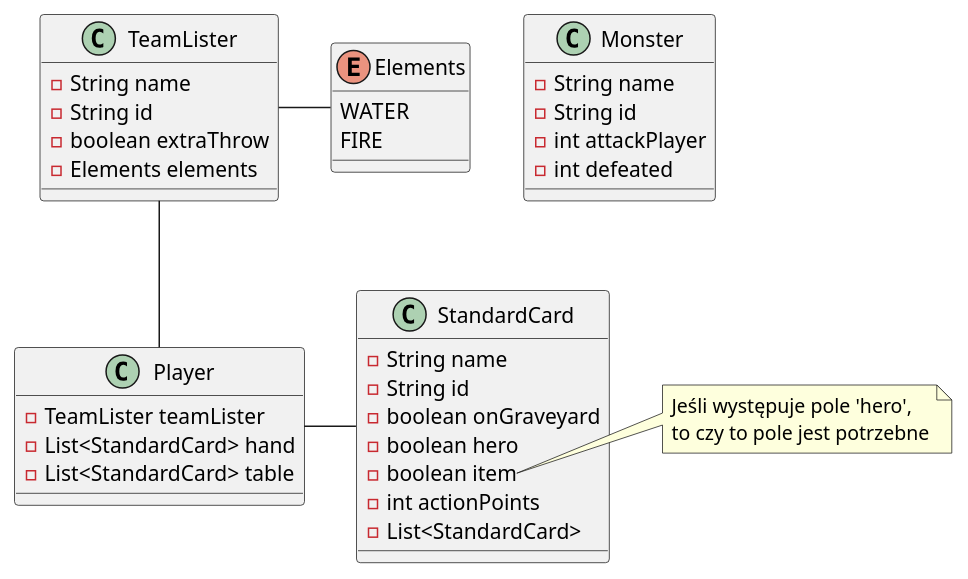
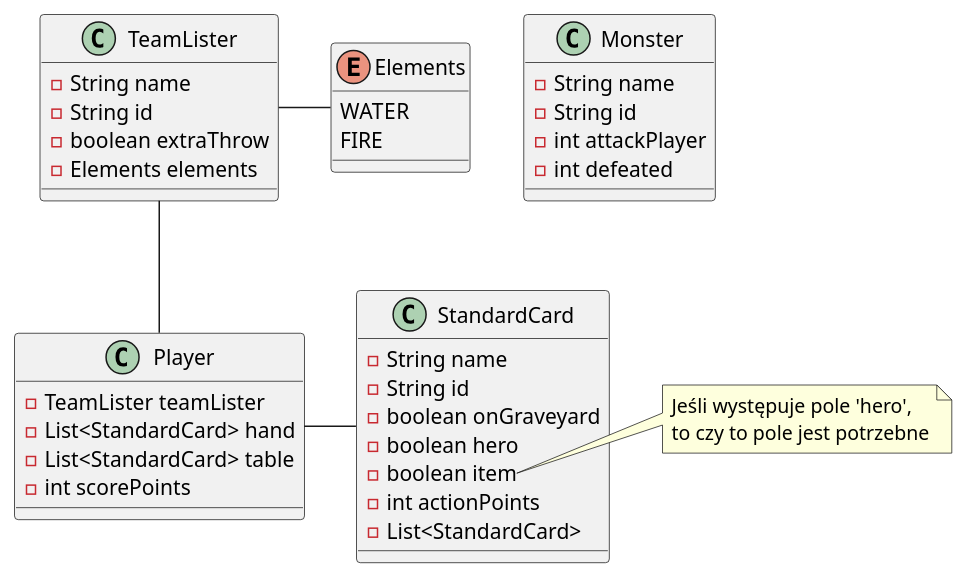
One commit to nikakowalska/WannaPlayLittleGame changed the diagram in uml/data_transfer_object_class.puml. Above: the diagram before and after it, drawn with PlantUML. The commit also changed 16 other files, not shown here.

```diff
--- a/uml/data_transfer_object_class.puml
+++ b/uml/data_transfer_object_class.puml
@@ -1,48 +1,49 @@
 @startuml
 'https://plantuml.com/class-diagram
 
 class TeamLister {
     - String name
     - String id
     - boolean extraThrow
     - Elements elements
 }
 
 class Monster {
     - String name
     - String id
     - int attackPlayer
     - int defeated
 }
 
 class StandardCard {
     - String name
     - String id
     - boolean onGraveyard
     - boolean hero
     - boolean item
     - int actionPoints
     - List<StandardCard>
 }
 
 note right of StandardCard::item
     Jeśli występuje pole 'hero',
     to czy to pole jest potrzebne
 end note
 
 class Player {
     - TeamLister teamLister
     - List<StandardCard> hand
     - List<StandardCard> table
+    - int scorePoints
 }
 
 enum Elements {
     WATER
     FIRE
 }
 
 TeamLister - Elements
 Player -up- TeamLister
 Player - StandardCard
 
 @enduml
```
